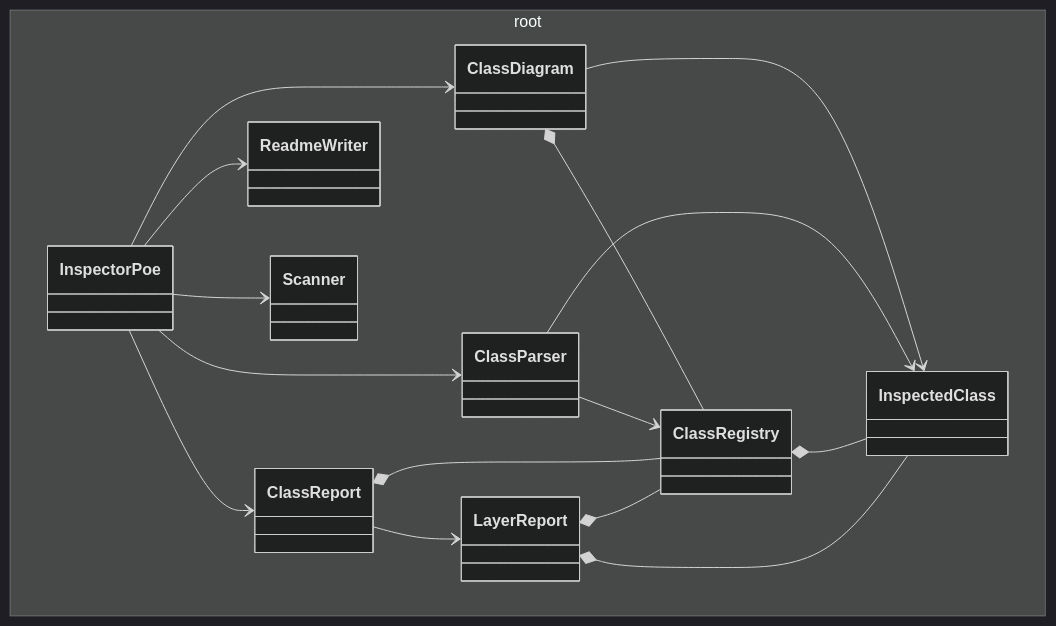
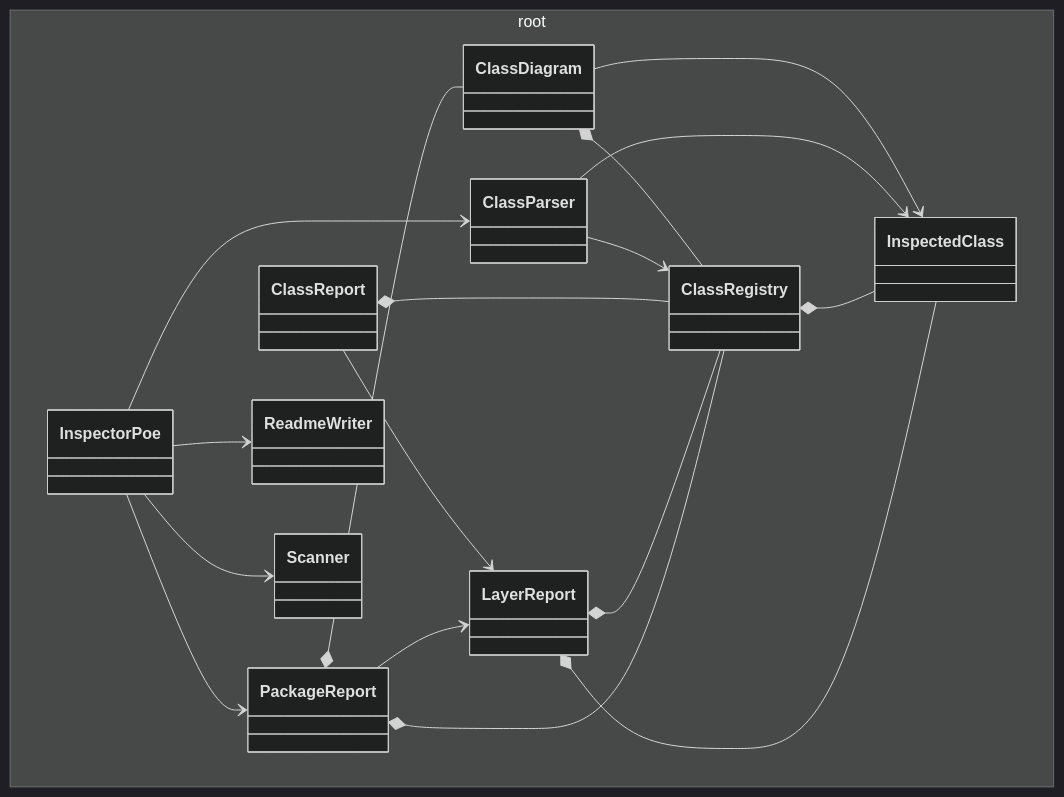
The diagram in packages/poe/README.md (pslotinsky/decay-of-magic), drawn with Mermaid (dark theme) before and after one commit. The commit also changed other lines of this file and 11 other files, not shown here.

````diff
--- a/packages/poe/README.md
+++ b/packages/poe/README.md
@@ -24,29 +8,32 @@
 ```mermaid
 classDiagram
   namespace root {
     class ClassDiagram
     class ClassParser
     class ClassRegistry
     class ClassReport
     class InspectedClass
     class InspectorPoe
     class LayerReport
+    class PackageReport
     class ReadmeWriter
     class Scanner
   }
 
   ClassDiagram *-- ClassRegistry
   ClassDiagram --> InspectedClass
   ClassParser --> ClassRegistry
   ClassParser --> InspectedClass
   ClassRegistry *-- InspectedClass
   ClassReport *-- ClassRegistry
   ClassReport --> LayerReport
-  InspectorPoe --> ClassDiagram
   InspectorPoe --> ClassParser
-  InspectorPoe --> ClassReport
+  InspectorPoe --> PackageReport
   InspectorPoe --> ReadmeWriter
   InspectorPoe --> Scanner
   LayerReport *-- InspectedClass
   LayerReport *-- ClassRegistry
+  PackageReport *-- ClassRegistry
+  PackageReport *-- ClassDiagram
+  PackageReport --> LayerReport
 ```
````
